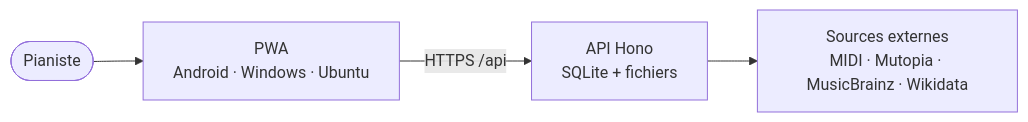
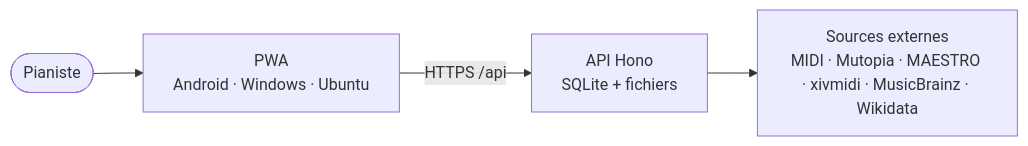
Before and after one commit to Pierre-gaillard-dev/open-keys: the diagram in README.md, drawn with Mermaid. The commit also changed other lines of this file and 7 other files, not shown here.

````diff
--- a/README.md
+++ b/README.md
@@ -48,6 +48,6 @@
 ```mermaid
 flowchart LR
   U(["Pianiste"]) --> APP["PWA<br/>Android · Windows · Ubuntu"]
   APP -->|"HTTPS /api"| API["API Hono<br/>SQLite + fichiers"]
-  API --> EXT["Sources externes<br/>MIDI · Mutopia · MusicBrainz · Wikidata"]
+  API --> EXT["Sources externes<br/>MIDI · Mutopia · MAESTRO · xivmidi · MusicBrainz · Wikidata"]
 ```
````
